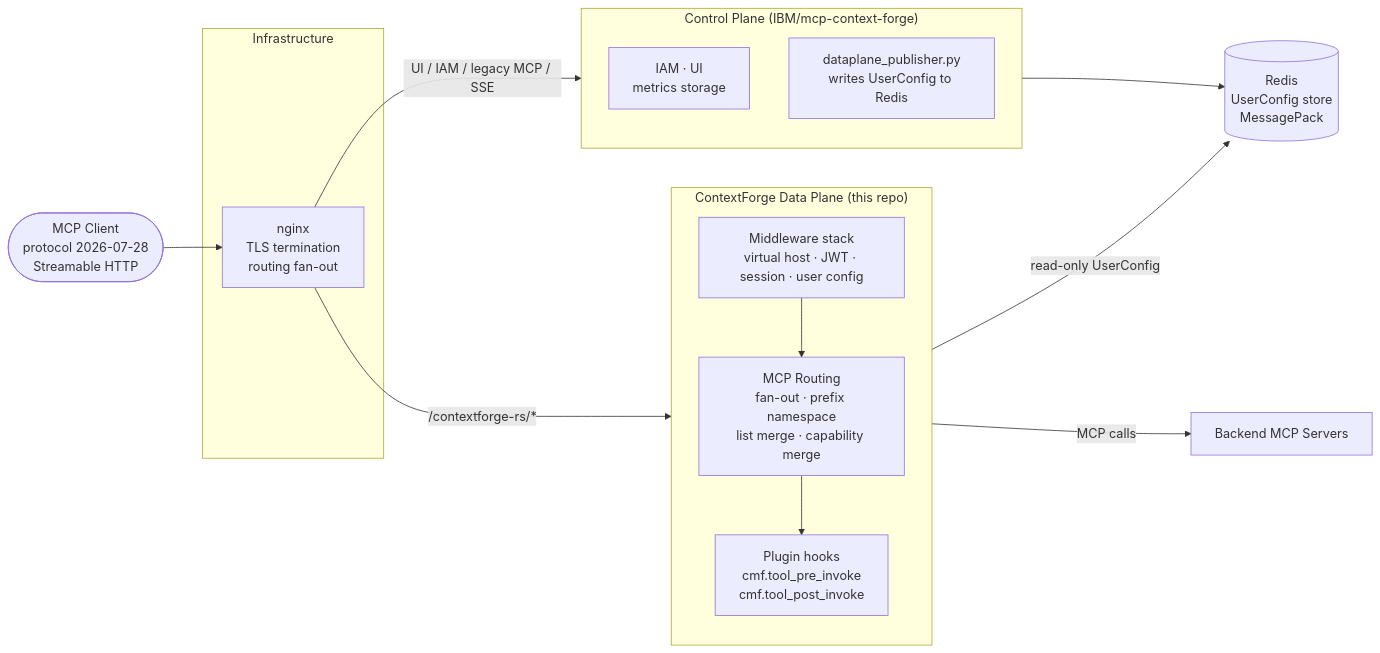
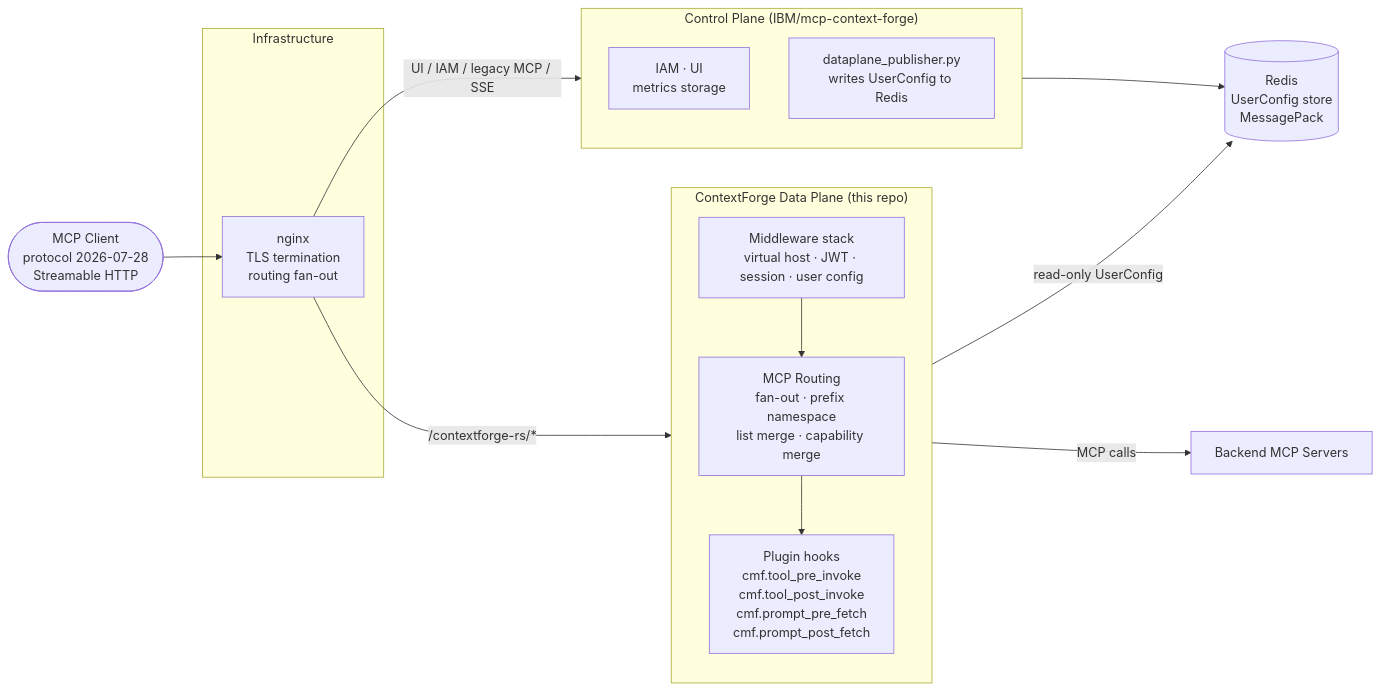
Before and after one commit to contextforge-gateway-rs/contextforge-gateway-rs: the first of 2 diagrams in _context/wiki/project.md, drawn with Mermaid. The commit also changed 17 other files, not shown here.

First line of the commit message:
cpex prompt hooks (#81)

````diff
--- a/_context/wiki/project.md
+++ b/_context/wiki/project.md
@@ -16,32 +16,32 @@
 ```mermaid
 flowchart LR
     C(["MCP Client\nprotocol 2026-07-28\nStreamable HTTP"])
 
     subgraph Infra["Infrastructure"]
         N["nginx\nTLS termination\nrouting fan-out"]
     end
 
     subgraph DP["ContextForge Data Plane  (this repo)"]
         direction TB
         MW["Middleware stack\nvirtual host · JWT · session · user config"]
         RT["MCP Routing\nfan-out · prefix namespace\nlist merge · capability merge"]
-        PL["Plugin hooks\ncmf.tool_pre_invoke\ncmf.tool_post_invoke"]
+        PL["Plugin hooks\ncmf.tool_pre_invoke\ncmf.tool_post_invoke\ncmf.prompt_pre_fetch\ncmf.prompt_post_fetch"]
         MW --> RT --> PL
     end
 
     subgraph CP["Control Plane  (IBM/mcp-context-forge)"]
         direction TB
         IAM["IAM · UI\nmetrics storage"]
         PUB["dataplane_publisher.py\nwrites UserConfig to Redis"]
     end
 
     R[("Redis\nUserConfig store\nMessagePack")]
     BE["Backend MCP Servers"]
 
     C --> N
     N -->|"/contextforge-rs/*"| DP
     N -->|"UI / IAM / legacy MCP / SSE"| CP
     CP --> R
     DP -->|"read-only UserConfig"| R
     DP -->|"MCP calls"| BE
 ```
````
